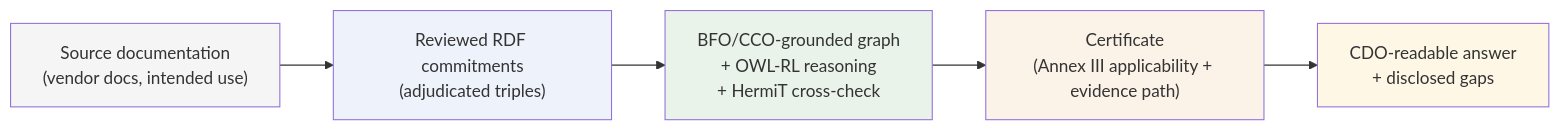
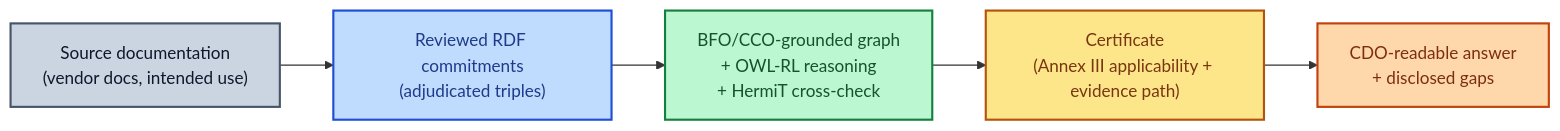
Before and after one commit to Amosk21/ARCO: the diagram in README.md, drawn with Mermaid. The commit also changed 2 other files, not shown here.

Commit message:
ci(robot-validate): parallelize HermiT cross-check via matrix; readme: bump diagram contrast (#32)
* ci(robot-validate): parallelize HermiT cross-check via matrix; readme: bump diagram contrast

CI: split robot-validate into two jobs (ontology-validate + hermit-cross-check
matrix) and add --fixture argument to hermit_cross_check.py.

The previous single-job design ran six sequential HermiT reasoning passes
plus setup overhead in a 30-min (then 60-min) wall-time budget. The HermiT
step alone is ~7-8 min per fixture; six fixtures is ~45 min. CI was either
on the edge of timing out or actually timing out on slower runners.

````diff
--- a/README.md
+++ b/README.md
@@ -34,14 +34,14 @@
 ```mermaid
 flowchart LR
     SRC["Source documentation<br/>(vendor docs, intended use)"]
     --> COMMIT["Reviewed RDF commitments<br/>(adjudicated triples)"]
     --> REASON["BFO/CCO-grounded graph<br/>+ OWL-RL reasoning<br/>+ HermiT cross-check"]
     --> ANSWER["Certificate<br/>(Annex III applicability + evidence path)"]
     --> CDO["CDO-readable answer<br/>+ disclosed gaps"]
 
-    style SRC fill:#f5f5f5
-    style COMMIT fill:#eef2fb
-    style REASON fill:#eaf3ea
-    style ANSWER fill:#fbf2e8
-    style CDO fill:#fff7e6
+    style SRC fill:#cbd5e1,stroke:#475569,color:#0f172a,stroke-width:2px
+    style COMMIT fill:#bfdbfe,stroke:#1d4ed8,color:#1e3a8a,stroke-width:2px
+    style REASON fill:#bbf7d0,stroke:#15803d,color:#14532d,stroke-width:2px
+    style ANSWER fill:#fde68a,stroke:#b45309,color:#78350f,stroke-width:2px
+    style CDO fill:#fed7aa,stroke:#c2410c,color:#7c2d12,stroke-width:2px
 ```
````
